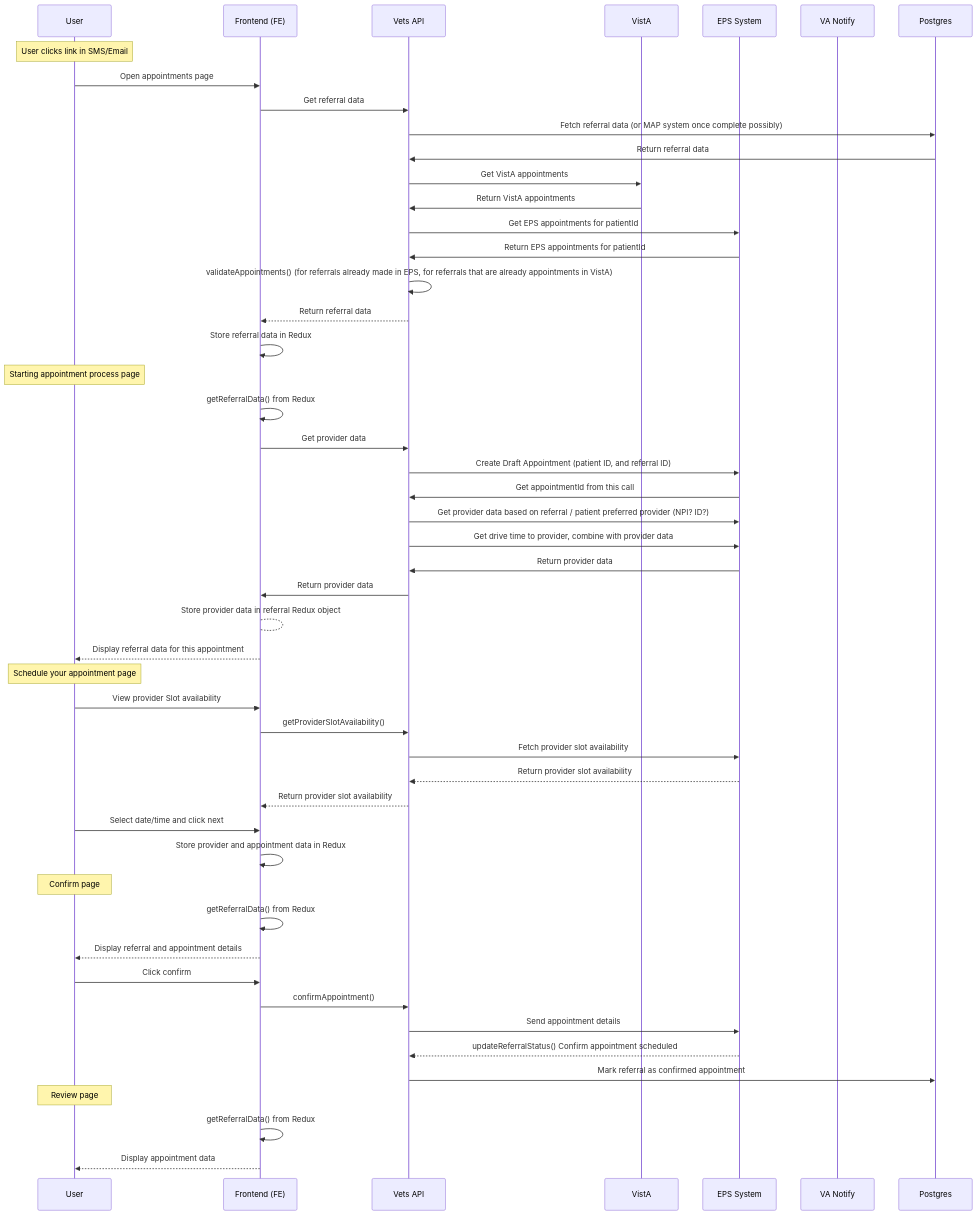
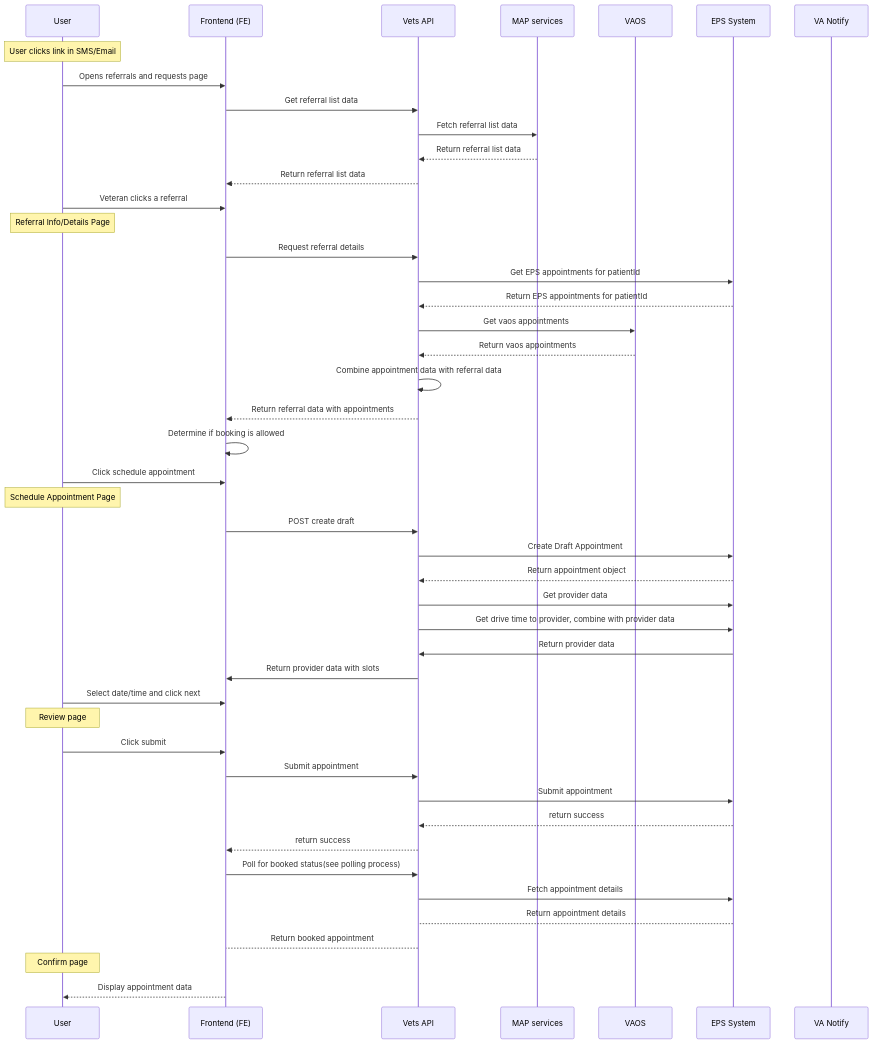
One commit to department-of-veterans-affairs/va.gov-team changed the fourth of 4 diagrams in products/health-care/appointments/va-online-scheduling/engineering/architecture/community-care-technical-documentation.md. Above: the diagram before and after it, drawn with Mermaid. The commit also changed other lines of this file, not shown here.

Commit message:
Update community-care-technical-documentation.md
Sequence diagram updates

````diff
--- a/products/health-care/appointments/va-online-scheduling/engineering/architecture/community-care-technical-documentation.md
+++ b/products/health-care/appointments/va-online-scheduling/engineering/architecture/community-care-technical-documentation.md
@@ -126,57 +126,53 @@
 ```mermaid
 sequenceDiagram
     participant User
     participant Frontend as Frontend (FE)
     participant VetsAPI as Vets API
-    participant VistA as VistA
+    participant map as MAP services
+    participant vaos as VAOS
     participant EPS as EPS System
     participant VA as VA Notify
 
     Note over User: User clicks link in SMS/Email
-    User->>Frontend: Open appointments page
-    Frontend->>VetsAPI: Get referral data
-    VetsAPI->>Postgres: Fetch referral data (or MAP system once complete possibly)
-    Postgres->>VetsAPI: Return referral data
-    VetsAPI->>VistA: Get VistA appointments
-    VistA->>VetsAPI: Return VistA appointments
+    User->>Frontend: Opens referrals and requests page
+    Frontend->>VetsAPI: Get referral list data
+    VetsAPI->>map: Fetch referral list data
+    map-->>VetsAPI: Return referral list data
+    VetsAPI-->>Frontend: Return referral list data
+
+    User->>Frontend: Veteran clicks a referral
+    Note over User: Referral Info/Details Page
+    Frontend->>VetsAPI: Request referral details
     VetsAPI->>EPS: Get EPS appointments for patientId
-    EPS->>VetsAPI: Return EPS appointments for patientId
-    VetsAPI->>VetsAPI: validateAppointments() (for referrals already made in EPS, for referrals that are already appointments in VistA)
-    VetsAPI-->>Frontend: Return referral data
-    Frontend->>Frontend: Store referral data in Redux
+    EPS-->>VetsAPI: Return EPS appointments for patientId
+    VetsAPI->>vaos: Get vaos appointments
+    vaos-->>VetsAPI: Return vaos appointments
+    VetsAPI->>VetsAPI: Combine appointment data with referral data
+    VetsAPI-->>Frontend: Return referral data with appointments
+    Frontend->>Frontend: Determine if booking is allowed
+    User->>Frontend: Click schedule appointment
     
-
-    Note over User: Starting appointment process page
-    Frontend->>Frontend: getReferralData() from Redux
-    Frontend->>VetsAPI: Get provider data
-    VetsAPI->>EPS: Create Draft Appointment (patient ID, and referral ID)
-    EPS->>VetsAPI: Get appointmentId from this call
-    VetsAPI->>EPS: Get provider data based on referral / patient preferred provider (NPI? ID?)
+    Note over User: Schedule Appointment Page
+    Frontend->>VetsAPI: POST create draft
+    VetsAPI->>EPS: Create Draft Appointment
+    EPS-->>VetsAPI: Return appointment object
+    VetsAPI->>EPS: Get provider data
     VetsAPI->>EPS: Get drive time to provider, combine with provider data
     EPS->>VetsAPI: Return provider data
-    VetsAPI->>Frontend: Return provider data
-    Frontend-->Frontend: Store provider data in referral Redux object
-    Frontend-->>User: Display referral data for this appointment
+    VetsAPI->>Frontend: Return provider data with slots
+    User->>Frontend: Select date/time and click next
 
-    Note over User: Schedule your appointment page
-    User->>Frontend: View provider Slot availability
-    Frontend->>VetsAPI: getProviderSlotAvailability()
-    VetsAPI->>EPS: Fetch provider slot availability
-    EPS-->>VetsAPI: Return provider slot availability
-    VetsAPI-->>Frontend: Return provider slot availability
-    User->>Frontend: Select date/time and click next
-    Frontend->>Frontend: Store provider and appointment data in Redux
+    Note over User: Review page
+    User->>Frontend: Click submit
+    Frontend->>VetsAPI: Submit appointment
+    VetsAPI->>EPS: Submit appointment
+    EPS-->>VetsAPI: return success
+    VetsAPI-->>Frontend: return success
+    Frontend->>VetsAPI: Poll for booked status(see polling process)
+    VetsAPI->>EPS: Fetch appointment details
+    EPS-->VetsAPI: Return appointment details
+    VetsAPI-->Frontend: Return booked appointment
 
     Note over User: Confirm page
-    Frontend->>Frontend: getReferralData() from Redux
-    Frontend-->>User: Display referral and appointment details
-    User->>Frontend: Click confirm
-    Frontend->>VetsAPI: confirmAppointment()
-    VetsAPI->>EPS: Send appointment details
-    EPS-->>VetsAPI: updateReferralStatus() Confirm appointment scheduled
-    VetsAPI->>Postgres: Mark referral as confirmed appointment
-
-    Note over User: Review page
-    Frontend->>Frontend: getReferralData() from Redux
     Frontend-->>User: Display appointment data
 ```
````
